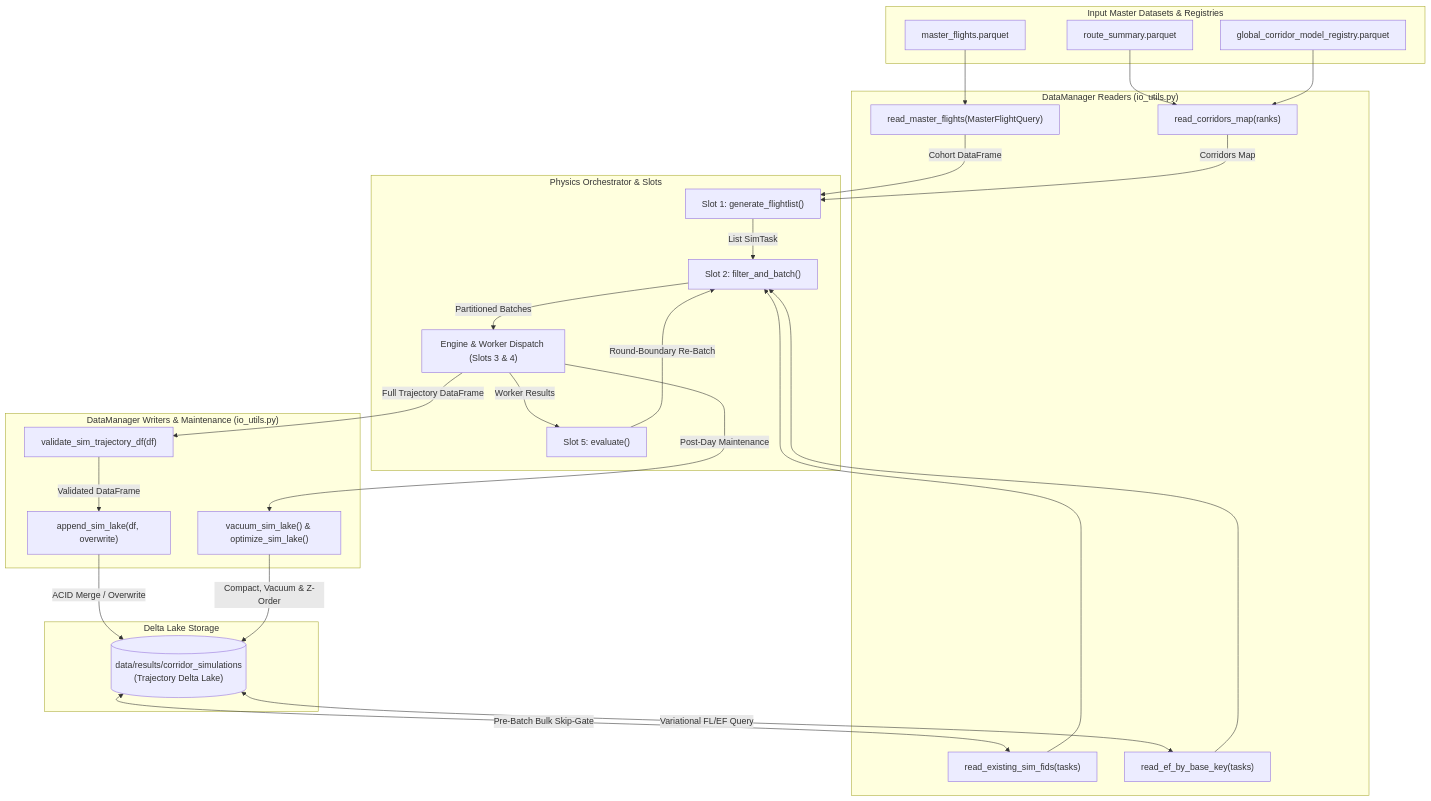
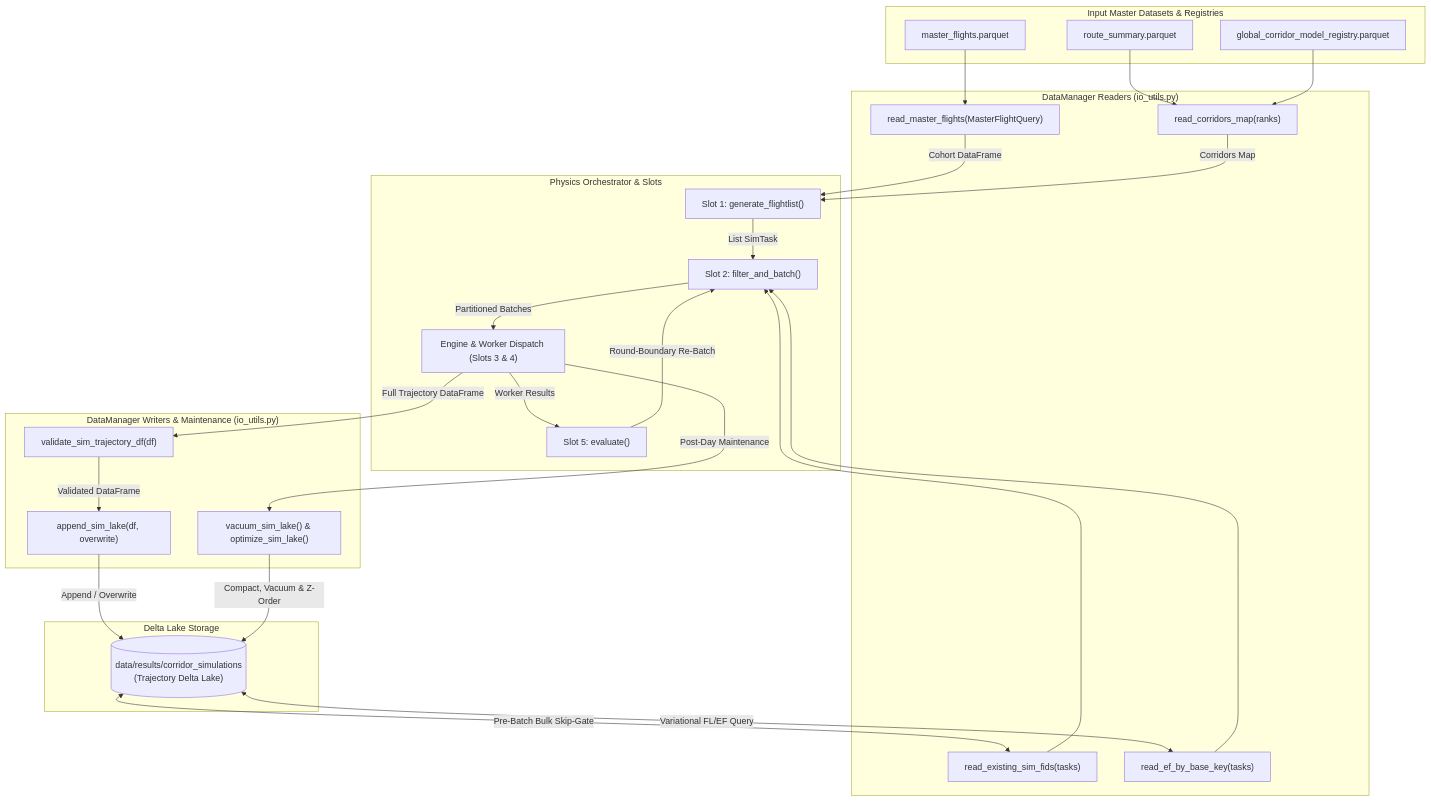
One commit to Bauzement123/flight-physics-pipeline changed the first of 3 diagrams in src/data_manager/README.md. Above: the diagram before and after it, drawn with Mermaid. The commit also changed other lines of this file and 4 other files, not shown here.

````diff
--- a/src/data_manager/README.md
+++ b/src/data_manager/README.md
@@ -132,50 +132,50 @@
 ```mermaid
 flowchart TD
     subgraph Inputs ["Input Master Datasets & Registries"]
         A1["master_flights.parquet"]
         A2["route_summary.parquet"]
         A3["global_corridor_model_registry.parquet"]
     end
 
     subgraph DataManager_Read ["DataManager Readers (io_utils.py)"]
         B1["read_master_flights(MasterFlightQuery)"]
         B2["read_corridors_map(ranks)"]
         B3["read_existing_sim_fids(tasks)"]
         B4["read_ef_by_base_key(tasks)"]
     end
 
     subgraph Orchestrator ["Physics Orchestrator & Slots"]
         C1["Slot 1: generate_flightlist()"]
         C2["Slot 2: filter_and_batch()"]
         C3["Engine & Worker Dispatch (Slots 3 & 4)"]
         C4["Slot 5: evaluate()"]
     end
 
     subgraph DataManager_Write ["DataManager Writers & Maintenance (io_utils.py)"]
         D1["validate_sim_trajectory_df(df)"]
         D2["append_sim_lake(df, overwrite)"]
         D3["vacuum_sim_lake() & optimize_sim_lake()"]
     end
 
     subgraph Storage ["Delta Lake Storage"]
         E1[("data/results/corridor_simulations
 (Trajectory Delta Lake)")]
     end
 
     A1 --> B1
     A2 & A3 --> B2
     B1 -->|Cohort DataFrame| C1
     B2 -->|Corridors Map| C1
     C1 -->|List SimTask| C2
     E1 <-->|Pre-Batch Bulk Skip-Gate| B3
     E1 <-->|Variational FL/EF Query| B4
     B3 & B4 --> C2
     C2 -->|Partitioned Batches| C3
     C3 -->|Full Trajectory DataFrame| D1
     D1 -->|Validated DataFrame| D2
-    D2 -->|ACID Merge / Overwrite| E1
+    D2 -->|Append / Overwrite| E1
     C3 -->|Worker Results| C4
     C4 -->|Round-Boundary Re-Batch| C2
     C3 -->|Post-Day Maintenance| D3
     D3 -->|Compact, Vacuum & Z-Order| E1
 ```
````
